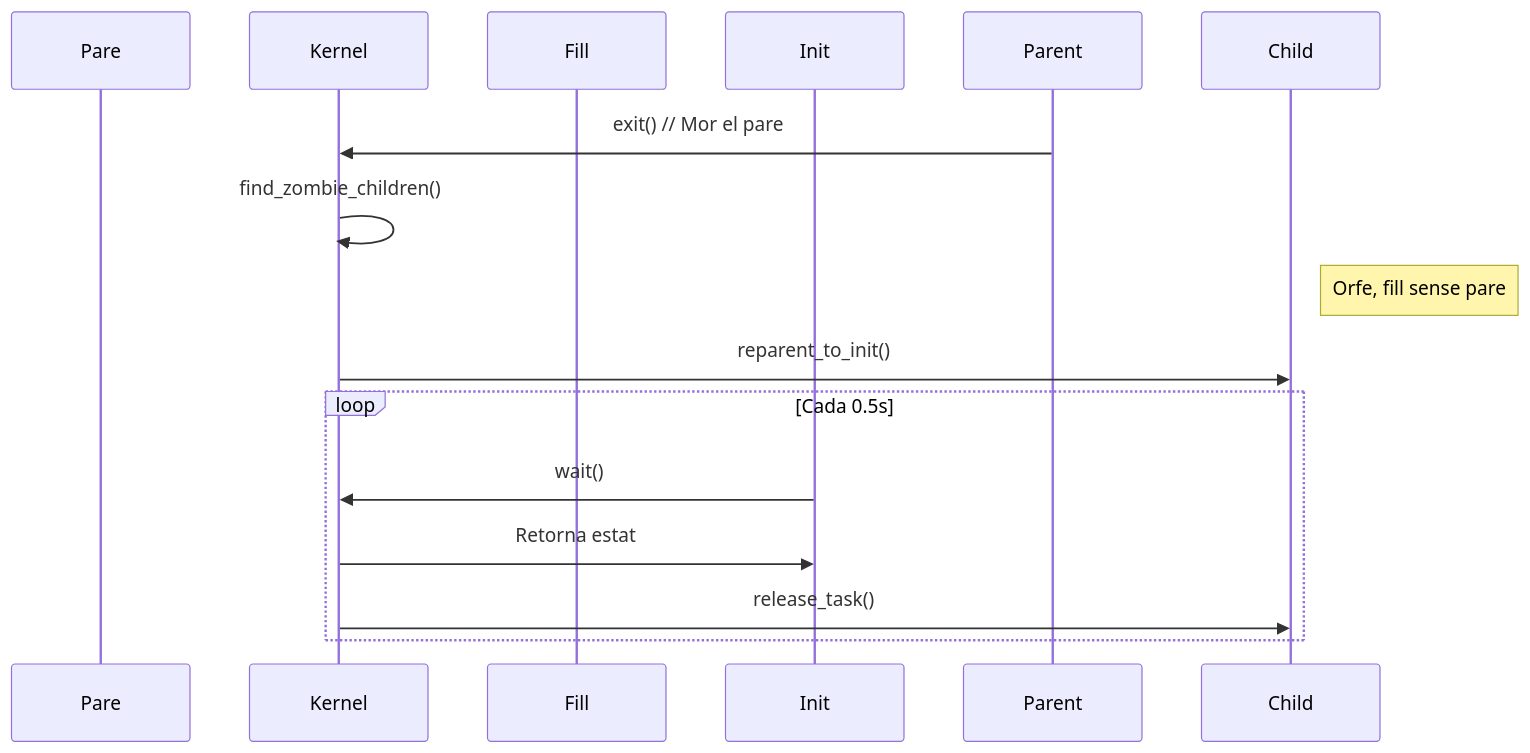
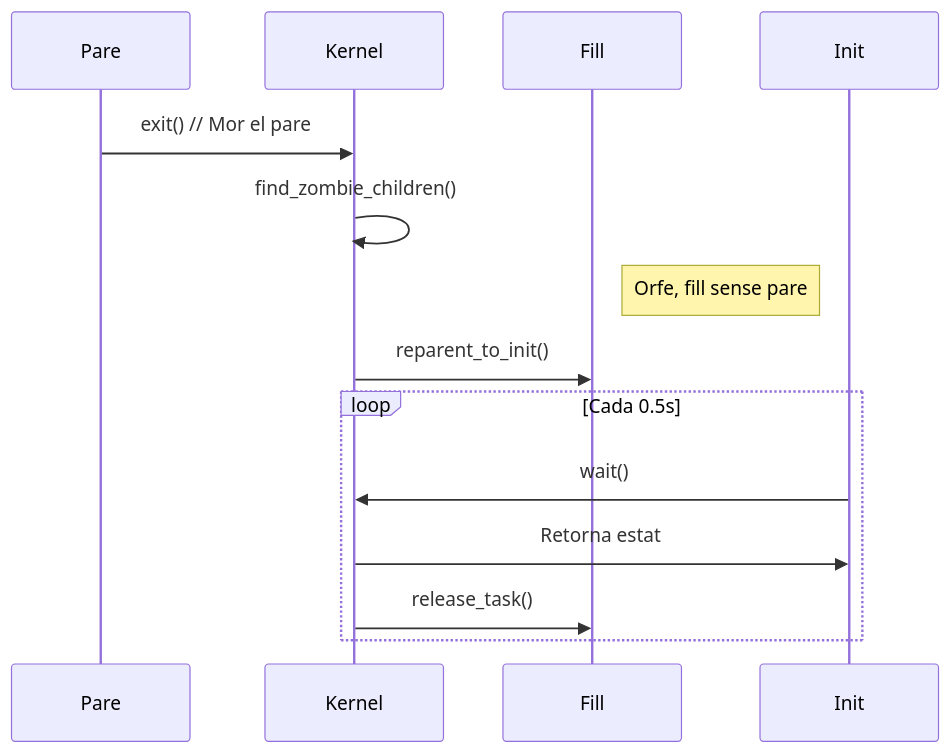
One commit to SO-UdL-EpS/course-site-igualada changed the ninth of 11 diagrams in blocs/02-proc/teoria/02-create.qmd. Above: the diagram before and after it, drawn with Mermaid. The commit also changed other lines of this file and 54 other files, not shown here.

````diff
--- a/blocs/02-proc/teoria/02-create.qmd
+++ b/blocs/02-proc/teoria/02-create.qmd
@@ -771,18 +775,18 @@
 ```{mermaid}
 %%| echo: false
 sequenceDiagram
     participant Pare
     participant Kernel
     participant Fill
     participant Init
     
-    Parent->>Kernel: exit() // Mor el pare
+    Pare->>Kernel: exit() // Mor el pare
     Kernel->>Kernel: find_zombie_children()
-    Note right of Child: Orfe, fill sense pare
-    Kernel->>Child: reparent_to_init()
+    Note right of Fill: Orfe, fill sense pare
+    Kernel->>Fill: reparent_to_init()
     loop Cada 0.5s
         Init->>Kernel: wait()
         Kernel->>Init: Retorna estat
-        Kernel->>Child: release_task()
+        Kernel->>Fill: release_task()
     end
 ```
````
